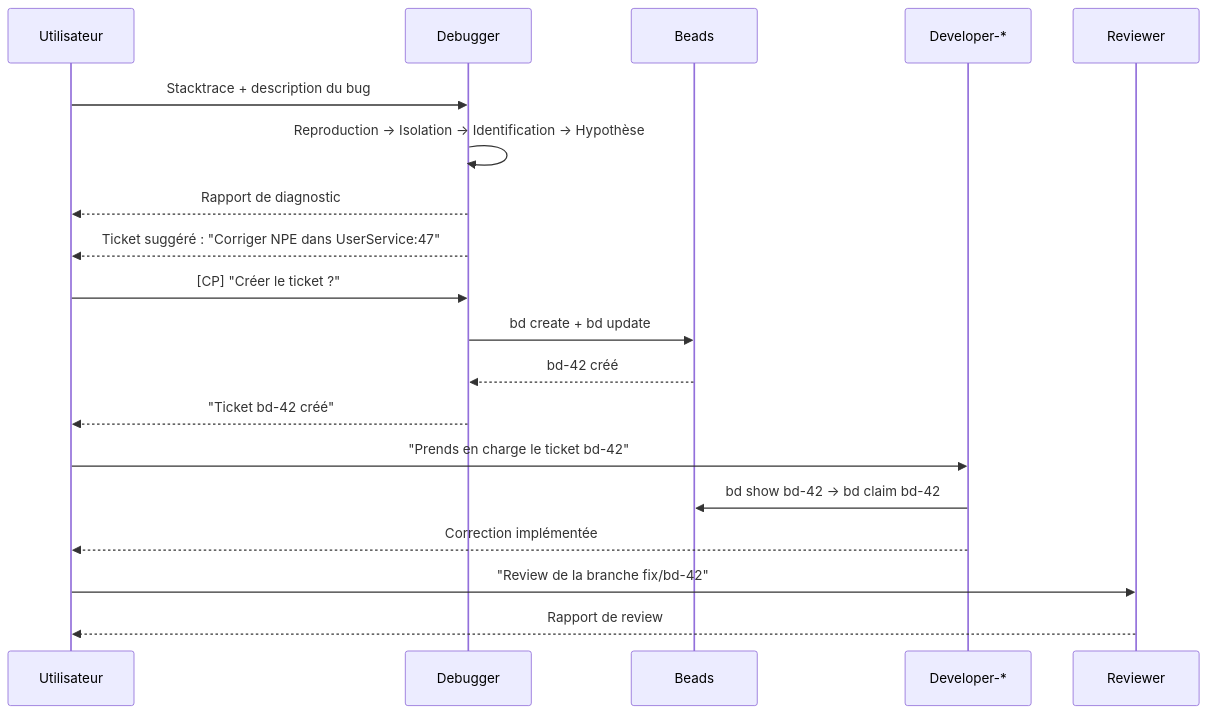
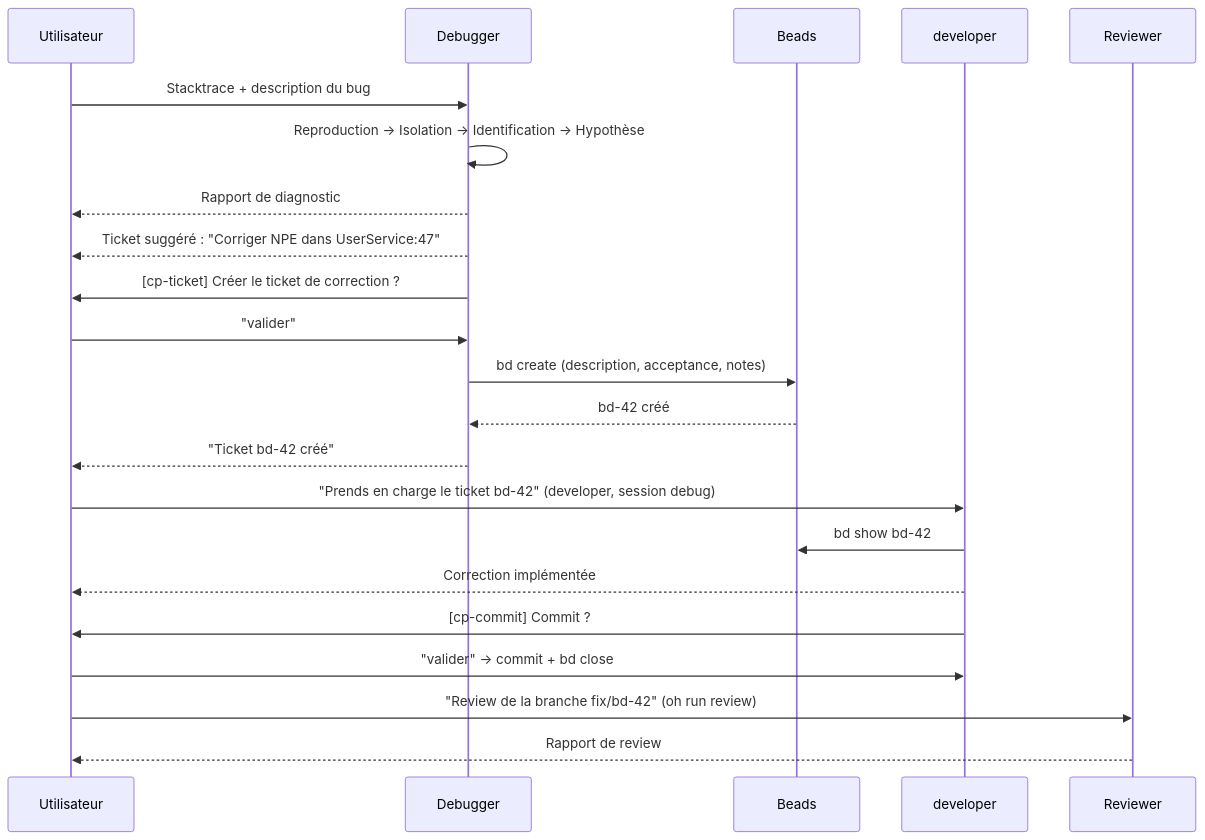
Before and after one commit to datichb/openhub: the fourth of 7 diagrams in docs/guides/workflows.fr.md, drawn with Mermaid. The commit also changed other lines of this file and 28 other files, not shown here.

````diff
--- a/docs/guides/workflows.fr.md
+++ b/docs/guides/workflows.fr.md
@@ -388,23 +385,26 @@
 ```mermaid
 sequenceDiagram
     participant U as Utilisateur
     participant D as Debugger
     participant B as Beads
-    participant DEV as Developer-*
+    participant DEV as developer
     participant R as Reviewer
 
     U->>D: Stacktrace + description du bug
     D->>D: Reproduction → Isolation → Identification → Hypothèse
     D-->>U: Rapport de diagnostic
     D-->>U: Ticket suggéré : "Corriger NPE dans UserService:47"
-    U->>D: [CP] "Créer le ticket ?"
-    D->>B: bd create + bd update
+    D->>U: [cp-ticket] Créer le ticket de correction ?
+    U->>D: "valider"
+    D->>B: bd create (description, acceptance, notes)
     B-->>D: bd-42 créé
     D-->>U: "Ticket bd-42 créé"
 
-    U->>DEV: "Prends en charge le ticket bd-42"
-    DEV->>B: bd show bd-42 → bd claim bd-42
+    U->>DEV: "Prends en charge le ticket bd-42" (developer, session debug)
+    DEV->>B: bd show bd-42
     DEV-->>U: Correction implémentée
-    U->>R: "Review de la branche fix/bd-42"
+    DEV->>U: [cp-commit] Commit ?
+    U->>DEV: "valider" → commit + bd close
+    U->>R: "Review de la branche fix/bd-42" (oh run review)
     R-->>U: Rapport de review
 ```
````
